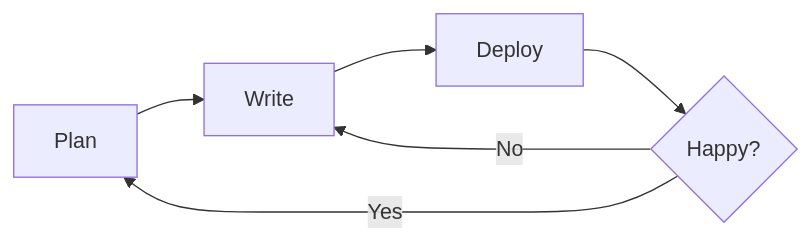
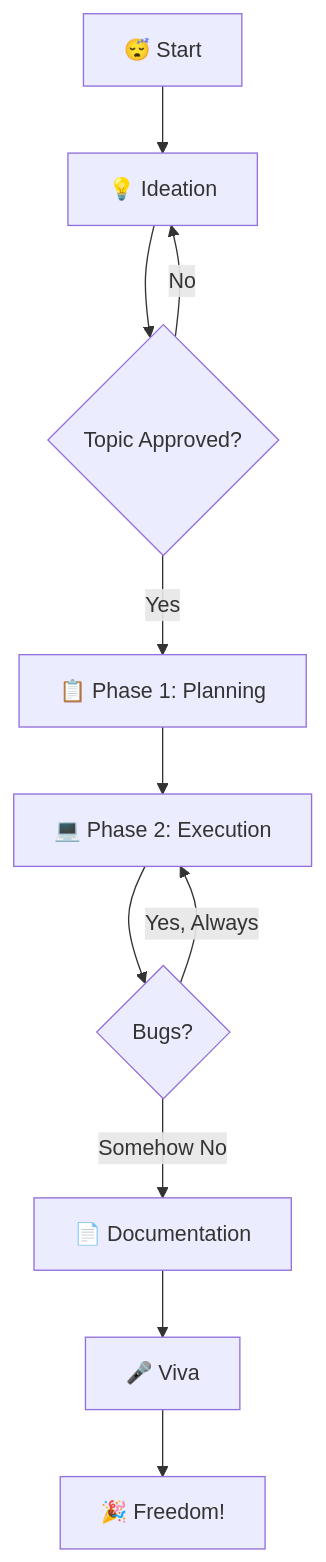
Before and after one commit to CodeCompasss/College-Project-and-Seminar-Roadmap: the diagram in docs/index.md, drawn with Mermaid. The commit also changed other lines of this file and 21 other files, not shown here.

Commit message:
Transform project into a comprehensive, human-centric CSE Project & Seminar Roadmap

````diff
--- a/docs/index.md
+++ b/docs/index.md
@@ -41,8 +66,13 @@
 ```mermaid
-graph LR
-  A[Plan] --> B[Write]
-  B --> C[Deploy]
-  C --> D{Happy?}
-  D -- Yes --> A
-  D -- No --> B
+graph TD
+    A[😴 Start] --> B[💡 Ideation]
+    B --> C{Topic Approved?}
+    C -- No --> B
+    C -- Yes --> D[📋 Phase 1: Planning]
+    D --> E[💻 Phase 2: Execution]
+    E --> F{Bugs?}
+    F -- Yes, Always --> E
+    F -- Somehow No --> G[📄 Documentation]
+    G --> H[🎤 Viva]
+    H --> I[🎉 Freedom!]
 ```
````
